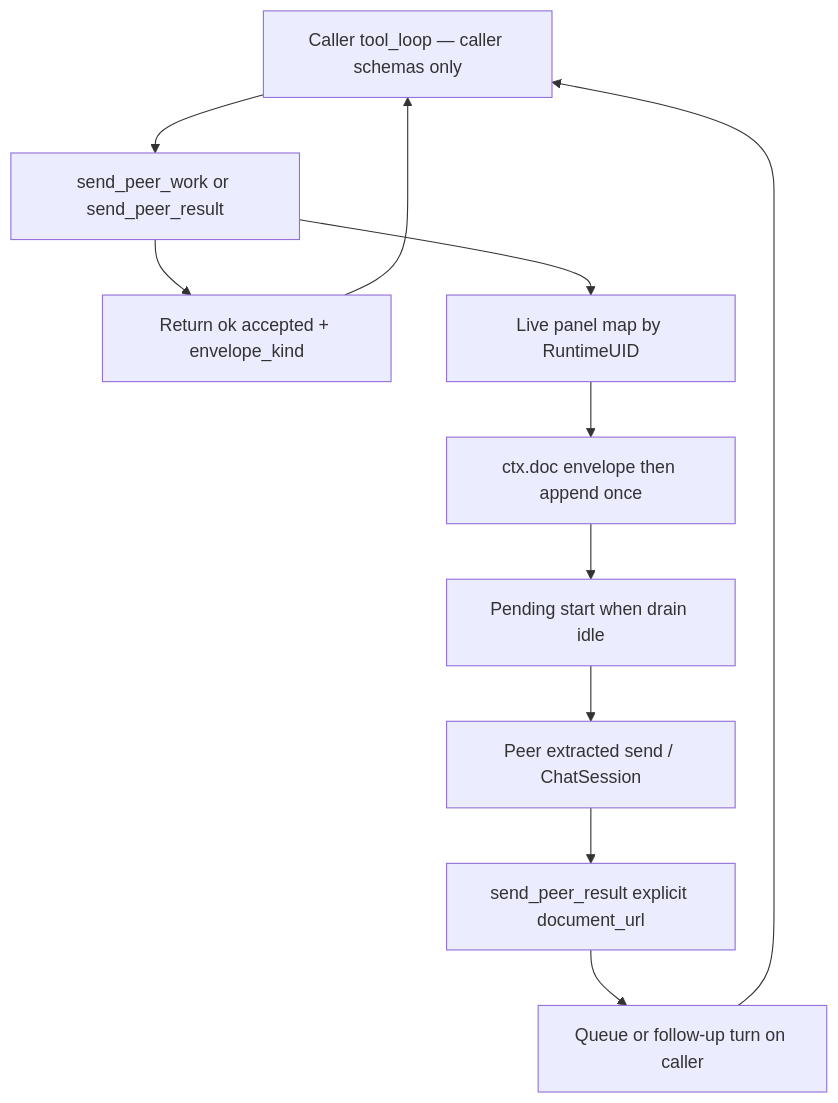
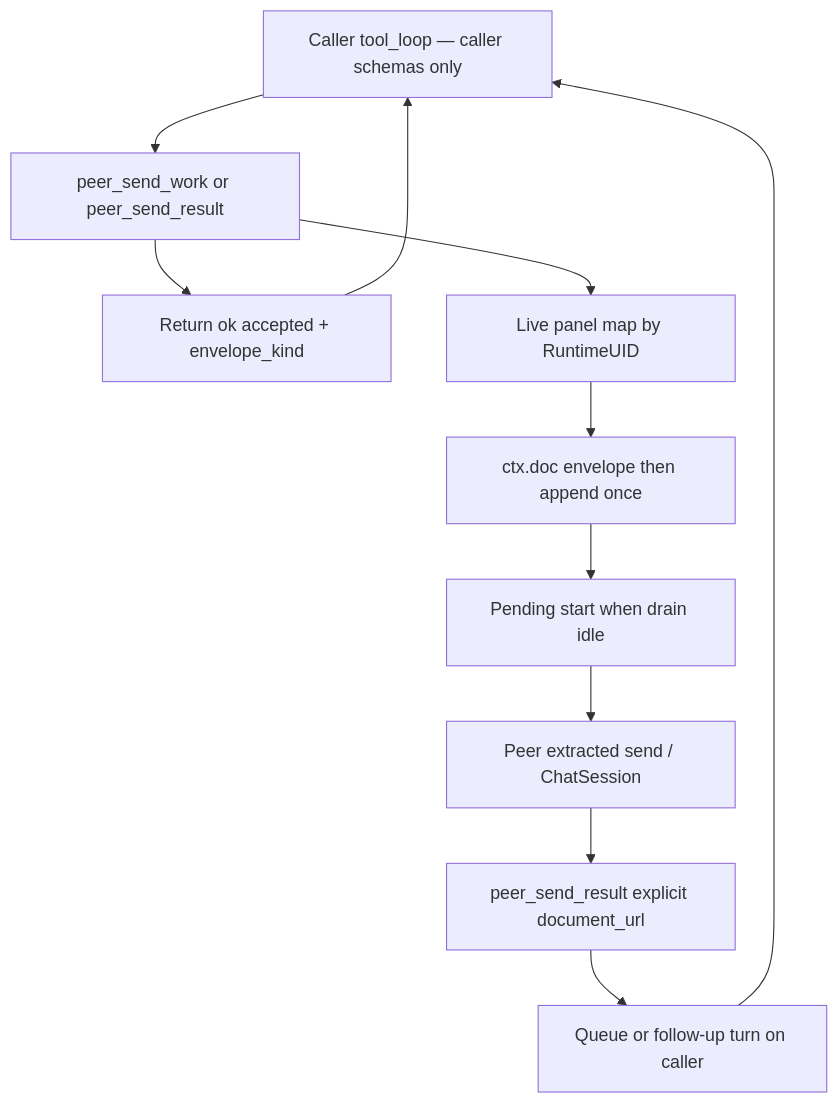
Before and after one commit to KeithCu/writeragent: the second of 2 diagrams in docs/chat/peer-messaging.md, drawn with Mermaid. The commit also changed other lines of this file and 140 other files, not shown here.

````diff
--- a/docs/chat/peer-messaging.md
+++ b/docs/chat/peer-messaging.md
@@ -321,15 +321,15 @@
 ```mermaid
 flowchart TD
   Caller["Caller tool_loop — caller schemas only"]
-  Send["send_peer_work or send_peer_result"]
+  Send["peer_send_work or peer_send_result"]
   Accept["Return ok accepted + envelope_kind"]
   Map["Live panel map by RuntimeUID"]
   Inject["ctx.doc envelope then append once"]
   Sched["Pending start when drain idle"]
   PeerSend["Peer extracted send / ChatSession"]
-  Reply["send_peer_result explicit document_url"]
+  Reply["peer_send_result explicit document_url"]
   Back["Queue or follow-up turn on caller"]
 
   Caller --> Send --> Accept --> Caller
   Send --> Map --> Inject --> Sched --> PeerSend --> Reply --> Back --> Caller
 ```
````
